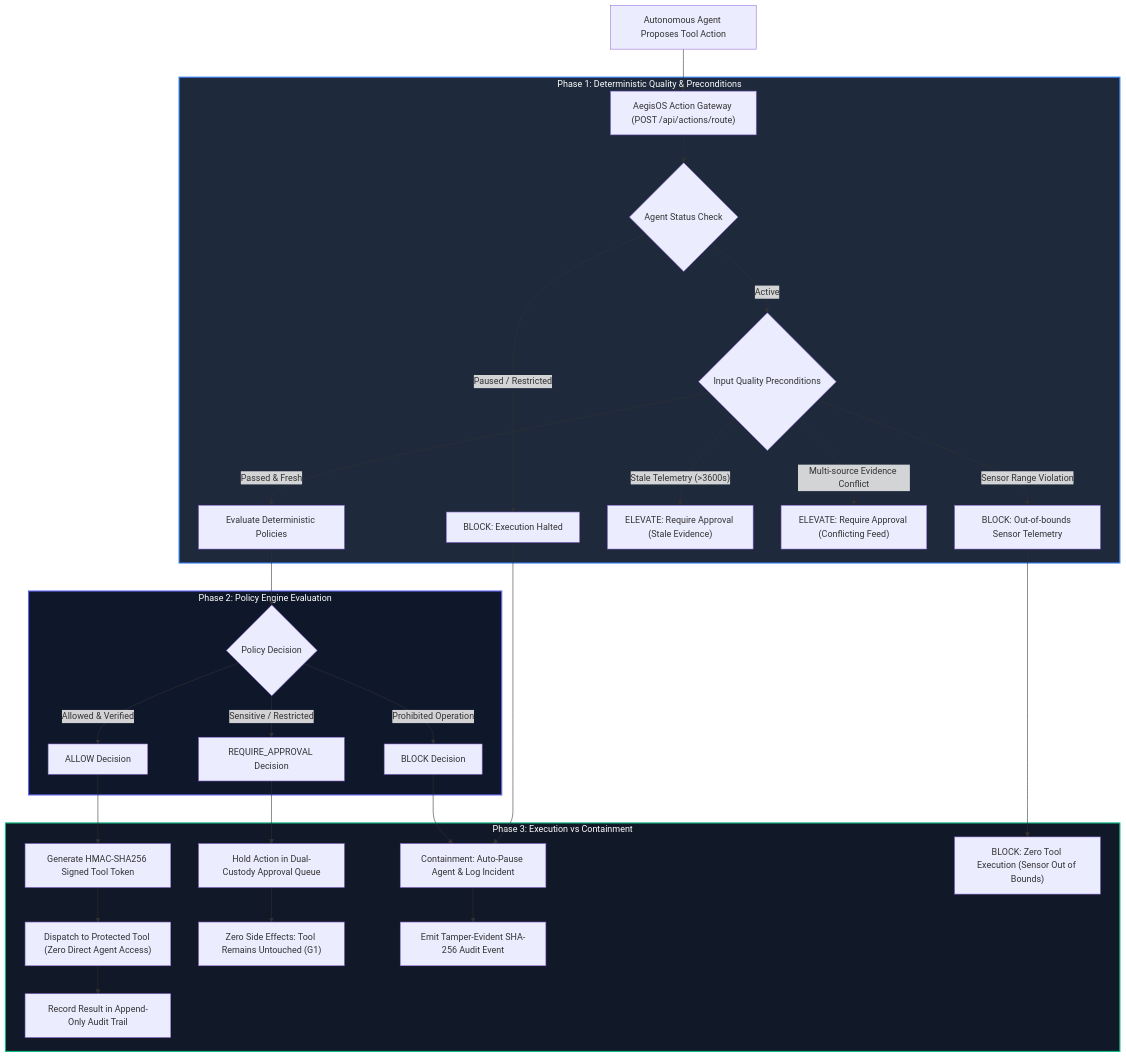
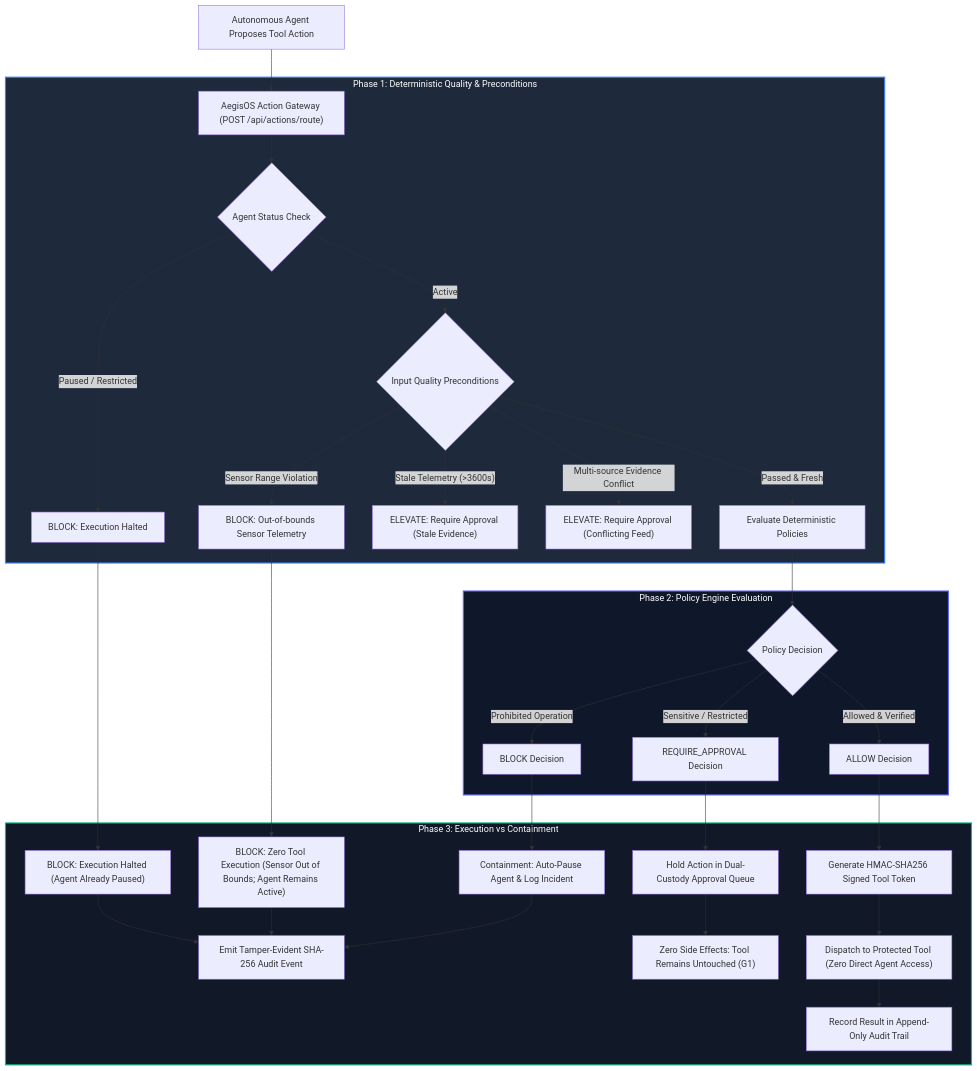
The first of 3 diagrams in README.md (Divyanshu123-code/codex), drawn with Mermaid before and after one commit. The commit also changed other lines of this file and 12 other files, not shown here.

````diff
--- a/README.md
+++ b/README.md
@@ -72,39 +72,41 @@
 ```mermaid
 flowchart TD
     A["Autonomous Agent Proposes Tool Action"] --> B["AegisOS Action Gateway (POST /api/actions/route)"]
     
     subgraph S1 ["Phase 1: Deterministic Quality & Preconditions"]
         B --> C{"Agent Status Check"}
         C -- "Paused / Restricted" --> C1["BLOCK: Execution Halted"]
         C -- "Active" --> D{"Input Quality Preconditions"}
         D -- "Sensor Range Violation" --> D1["BLOCK: Out-of-bounds Sensor Telemetry"]
         D -- "Stale Telemetry (>3600s)" --> D2["ELEVATE: Require Approval (Stale Evidence)"]
         D -- "Multi-source Evidence Conflict" --> D3["ELEVATE: Require Approval (Conflicting Feed)"]
         D -- "Passed & Fresh" --> E["Evaluate Deterministic Policies"]
     end
 
     subgraph S2 ["Phase 2: Policy Engine Evaluation"]
         E --> F{"Policy Decision"}
         F -- "Prohibited Operation" --> G["BLOCK Decision"]
         F -- "Sensitive / Restricted" --> H["REQUIRE_APPROVAL Decision"]
         F -- "Allowed & Verified" --> I["ALLOW Decision"]
     end
 
     subgraph S3 ["Phase 3: Execution vs Containment"]
         I --> J["Generate HMAC-SHA256 Signed Tool Token"]
         J --> K["Dispatch to Protected Tool (Zero Direct Agent Access)"]
         K --> L["Record Result in Append-Only Audit Trail"]
 
         H --> M["Hold Action in Dual-Custody Approval Queue"]
         M --> N["Zero Side Effects: Tool Remains Untouched (G1)"]
 
         G --> O["Containment: Auto-Pause Agent & Log Incident"]
-        C1 --> O
-        D1 --> D1_BLOCK["BLOCK: Zero Tool Execution (Sensor Out of Bounds)"]
+        C1 --> C1_BLOCK["BLOCK: Execution Halted (Agent Already Paused)"]
+        D1 --> D1_BLOCK["BLOCK: Zero Tool Execution (Sensor Out of Bounds; Agent Remains Active)"]
         O --> P["Emit Tamper-Evident SHA-256 Audit Event"]
+        C1_BLOCK --> P
+        D1_BLOCK --> P
     end
 
     style S1 fill:#1e293b,stroke:#3b82f6,stroke-width:2px,color:#fff
     style S2 fill:#0f172a,stroke:#6366f1,stroke-width:2px,color:#fff
     style S3 fill:#111827,stroke:#10b981,stroke-width:2px,color:#fff
 ```
````
